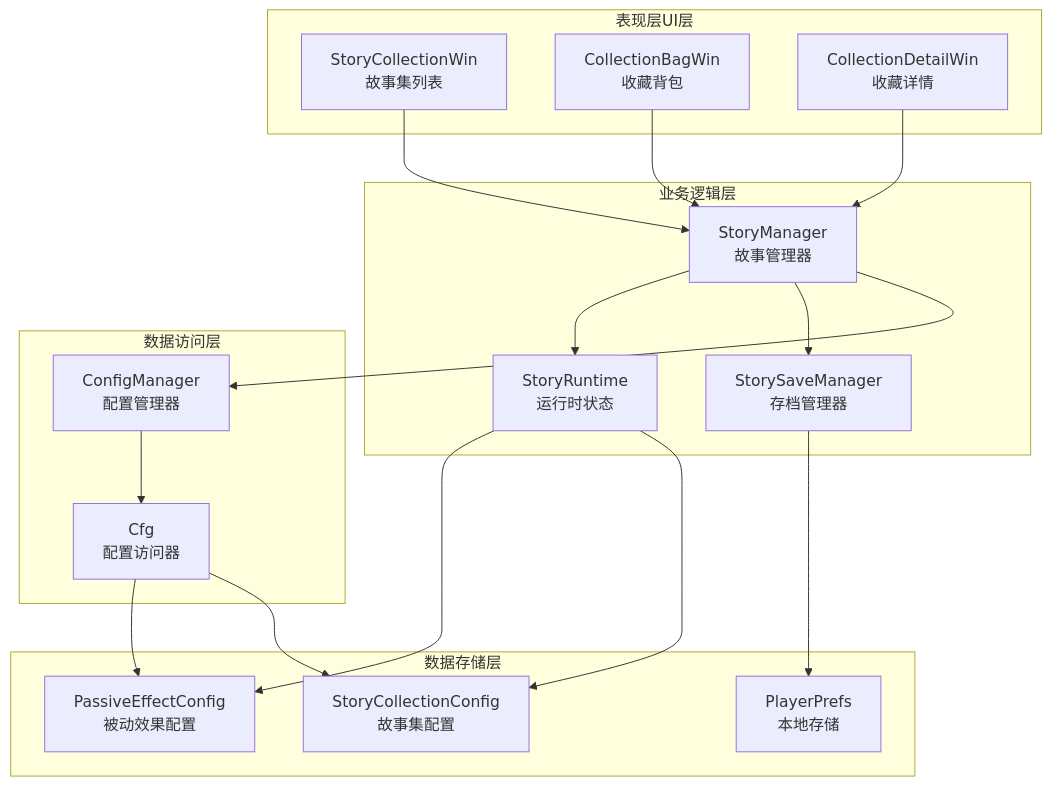
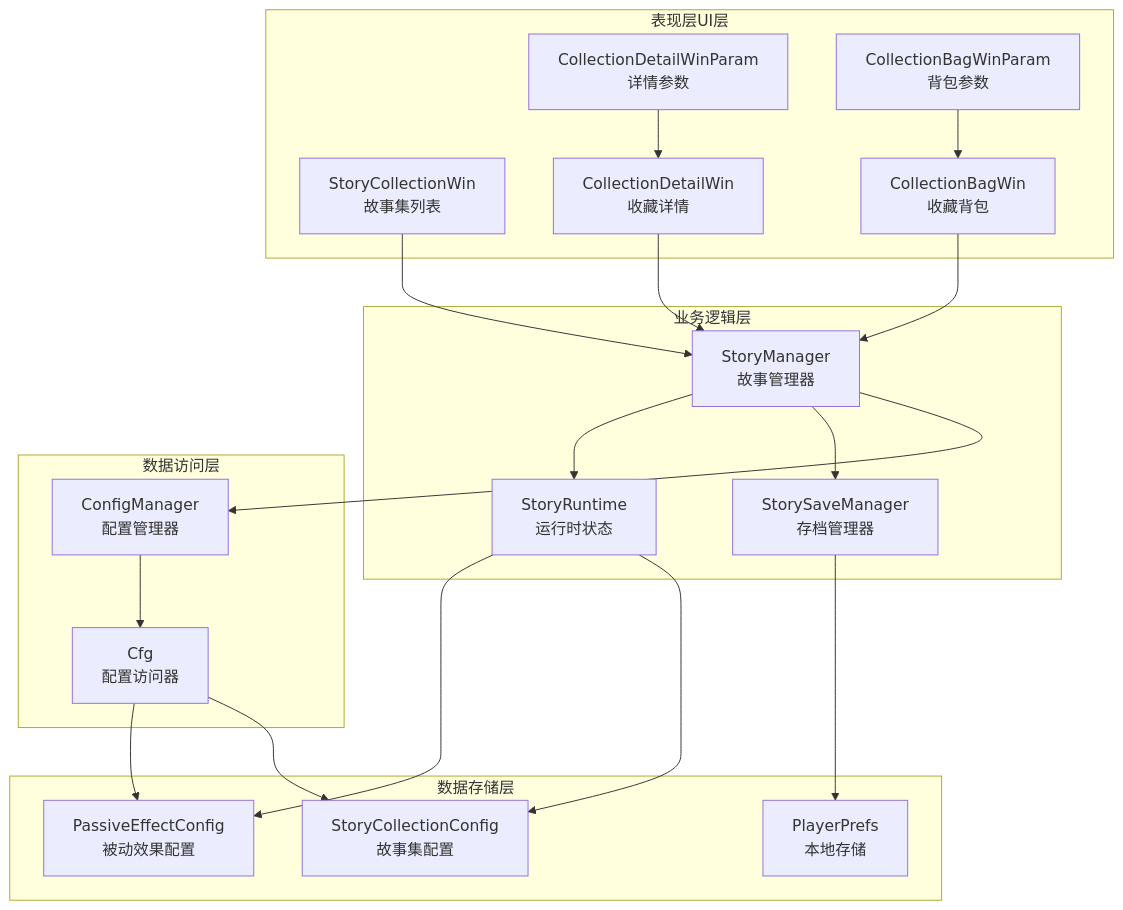
One commit to Tuusen/p1_client changed the second of 8 diagrams in .qoder/repowiki/zh/content/用户界面系统/收藏系统.md. Above: the diagram before and after it, drawn with Mermaid. The commit also changed other lines of this file and 6 other files, not shown here.

````diff
--- a/.qoder/repowiki/zh/content/用户界面系统/收藏系统.md
+++ b/.qoder/repowiki/zh/content/用户界面系统/收藏系统.md
@@ -135,34 +149,38 @@
 ```mermaid
 graph TB
 subgraph "表现层UI层"
 UI1[StoryCollectionWin<br/>故事集列表]
 UI2[CollectionBagWin<br/>收藏背包]
 UI3[CollectionDetailWin<br/>收藏详情]
+UI4[CollectionDetailWinParam<br/>详情参数]
+UI5[CollectionBagWinParam<br/>背包参数]
 end
 subgraph "业务逻辑层"
 BL1[StoryManager<br/>故事管理器]
 BL2[StoryRuntime<br/>运行时状态]
 BL3[StorySaveManager<br/>存档管理器]
 end
 subgraph "数据访问层"
 DAL1[ConfigManager<br/>配置管理器]
 DAL2[Cfg<br/>配置访问器]
 end
 subgraph "数据存储层"
 DS1[PassiveEffectConfig<br/>被动效果配置]
 DS2[StoryCollectionConfig<br/>故事集配置]
 DS3[PlayerPrefs<br/>本地存储]
 end
 UI1 --> BL1
 UI2 --> BL1
 UI3 --> BL1
+UI4 --> UI3
+UI5 --> UI2
 BL1 --> BL2
 BL1 --> BL3
 BL3 --> DS3
 BL2 --> DS1
 BL2 --> DS2
 BL1 --> DAL1
 DAL1 --> DAL2
 DAL2 --> DS1
 DAL2 --> DS2
 ```
````
